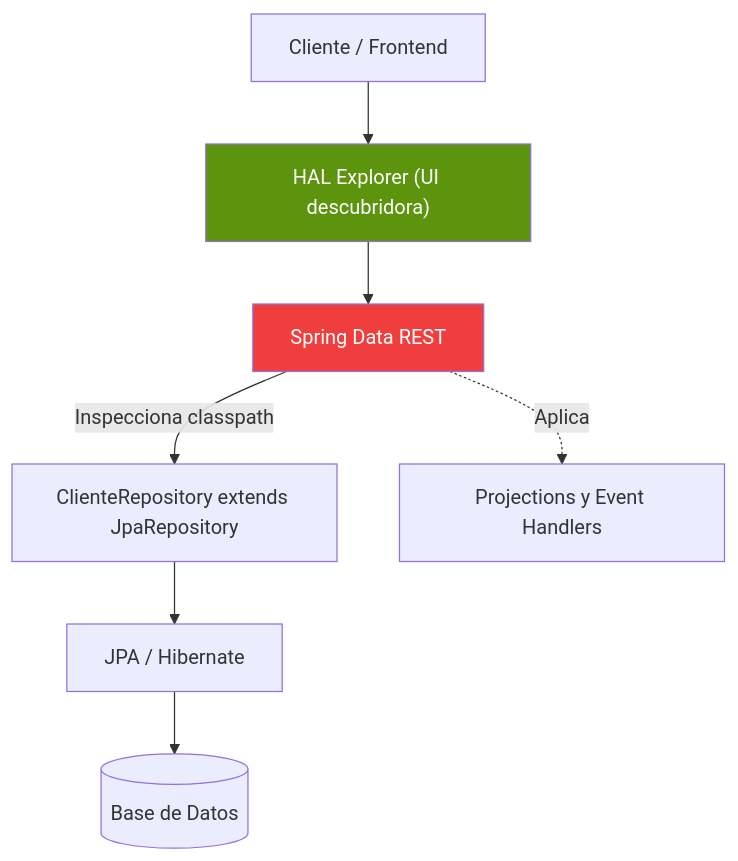
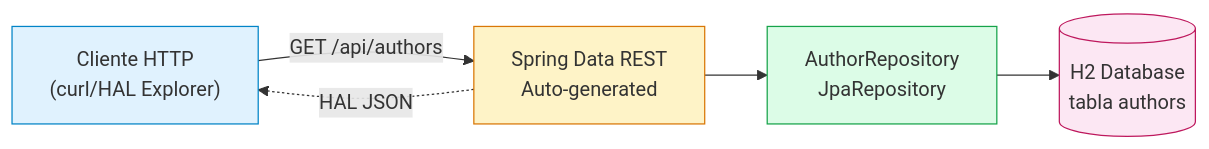
The diagram in 54-spring-data-rest/README.md (edgardo001/spring-v4-mastery-roadmap), drawn with Mermaid before and after one commit. The commit also changed other lines of this file and 38 other files, not shown here.

First line of the commit message:
feat(51,54,59): Spring Integration DSL, Spring Data REST, WebFlux+R2DBC

````diff
--- a/54-spring-data-rest/README.md
+++ b/54-spring-data-rest/README.md
@@ -23,13 +21,12 @@
 ```mermaid
-graph TD
-    A["Cliente / Frontend"] --> B["HAL Explorer (UI descubridora)"]
-    B --> C["Spring Data REST"]
-    C -->|Inspecciona classpath| D["ClienteRepository extends JpaRepository"]
-    D --> E["JPA / Hibernate"]
-    E --> F[("Base de Datos")]
+flowchart LR
+    A["Cliente HTTP<br/>(curl/HAL Explorer)"] -->|GET /api/authors| B["Spring Data REST<br/>Auto-generated"]
+    B --> C["AuthorRepository<br/>JpaRepository"]
+    C --> D[("H2 Database<br/>tabla authors")]
+    B -.HAL JSON.-> A
 
-    C -.->|Aplica| G["Projections y Event Handlers"]
-
-    style C fill:#f03e3e,color:#fff
-    style B fill:#5c940d,color:#fff
+    style A fill:#e0f2fe,stroke:#0284c7
+    style B fill:#fef3c7,stroke:#d97706
+    style C fill:#dcfce7,stroke:#16a34a
+    style D fill:#fce7f3,stroke:#be185d
 ```
````
